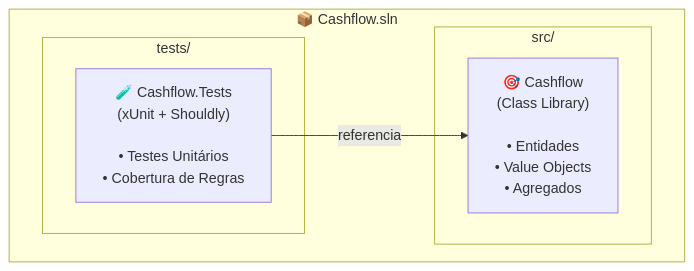
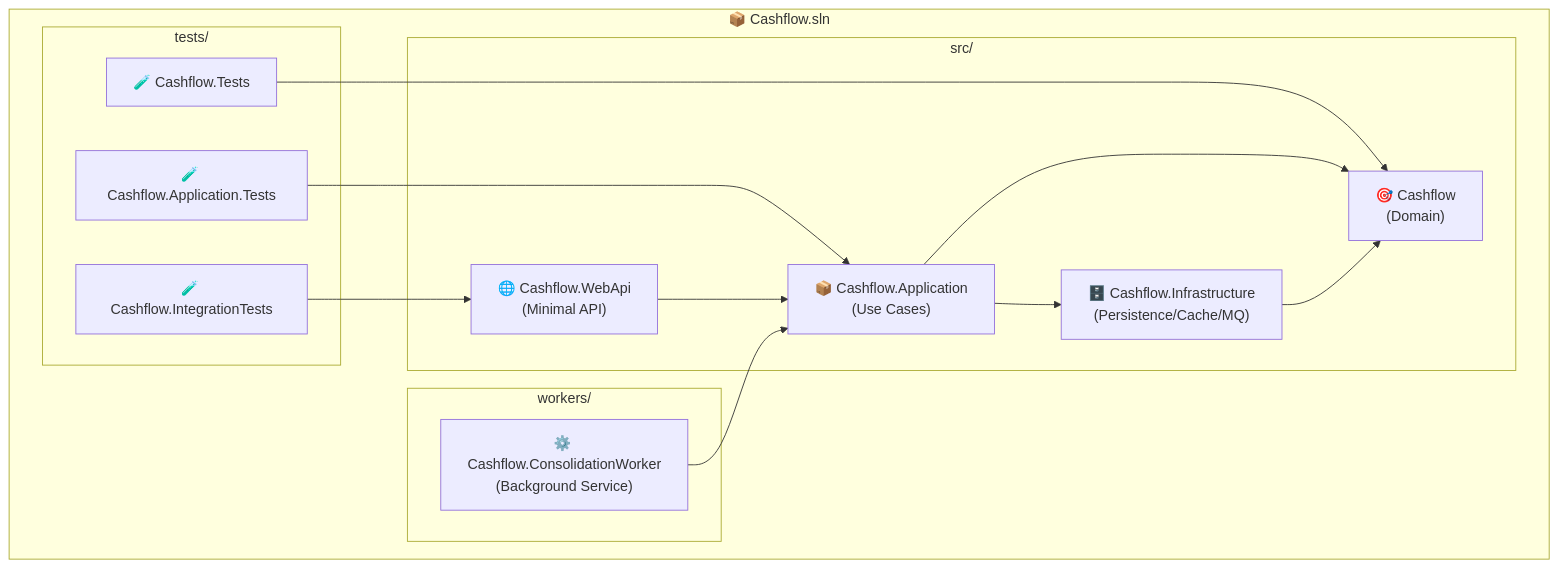
One commit to nelson1987/desafio-cashflow changed the first of 7 diagrams in docs/ARQUITETURA.md. Above: the diagram before and after it, drawn with Mermaid. The commit also changed other lines of this file and 3 other files, not shown here.

````diff
--- a/docs/ARQUITETURA.md
+++ b/docs/ARQUITETURA.md
@@ -9,14 +9,30 @@
 ```mermaid
 flowchart TB
     subgraph Solution["📦 Cashflow.sln"]
         subgraph Src["src/"]
-            Cashflow["🎯 Cashflow<br/>(Class Library)<br/><br/>• Entidades<br/>• Value Objects<br/>• Agregados"]
+            Cashflow["🎯 Cashflow<br/>(Domain)"]
+            Application["📦 Cashflow.Application<br/>(Use Cases)"]
+            Infrastructure["🗄️ Cashflow.Infrastructure<br/>(Persistence/Cache/MQ)"]
+            WebApi["🌐 Cashflow.WebApi<br/>(Minimal API)"]
+        end
+        
+        subgraph Workers["workers/"]
+            Worker["⚙️ Cashflow.ConsolidationWorker<br/>(Background Service)"]
         end
         
         subgraph Tests["tests/"]
-            CashflowTests["🧪 Cashflow.Tests<br/>(xUnit + Shouldly)<br/><br/>• Testes Unitários<br/>• Cobertura de Regras"]
+            DomainTests["🧪 Cashflow.Tests"]
+            AppTests["🧪 Cashflow.Application.Tests"]
+            IntegrationTests["🧪 Cashflow.IntegrationTests"]
         end
     end
     
-    CashflowTests -->|referencia| Cashflow
+    WebApi --> Application
+    Worker --> Application
+    Application --> Cashflow
+    Application --> Infrastructure
+    Infrastructure --> Cashflow
+    DomainTests --> Cashflow
+    AppTests --> Application
+    IntegrationTests --> WebApi
 ```
````
